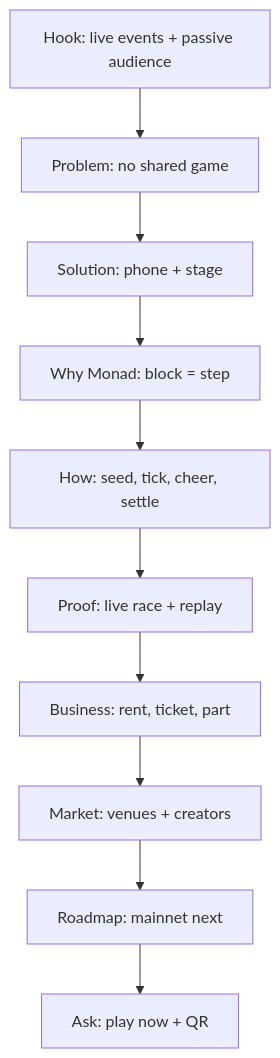
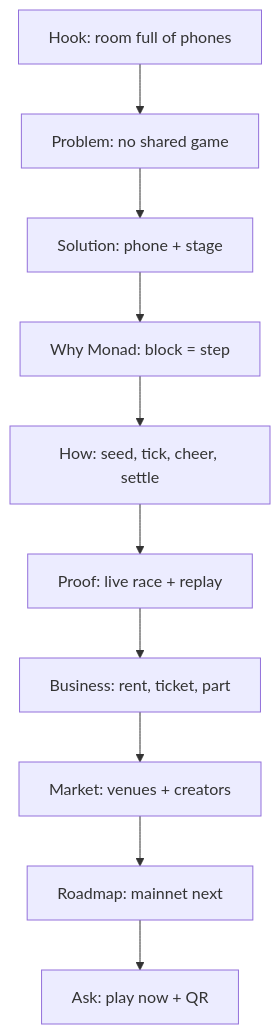
The diagram in docs/plans/0012-pitch-deck.md (hafidluqman50/duckwek), drawn with Mermaid before and after one commit. The commit also changed other lines of this file, not shown here.

First line of the commit message:
docs: sharpen the deck problem statement and slide timing

````diff
--- a/docs/plans/0012-pitch-deck.md
+++ b/docs/plans/0012-pitch-deck.md
@@ -181,12 +186,12 @@
 ```mermaid
 flowchart TD
-  A[Hook: live events + passive audience] --> B[Problem: no shared game]
+  A[Hook: room full of phones] --> B[Problem: no shared game]
   B --> C[Solution: phone + stage]
   C --> D[Why Monad: block = step]
   D --> E[How: seed, tick, cheer, settle]
   E --> F[Proof: live race + replay]
   F --> G[Business: rent, ticket, part]
   G --> H[Market: venues + creators]
   H --> I[Roadmap: mainnet next]
   I --> J[Ask: play now + QR]
 ```
````
